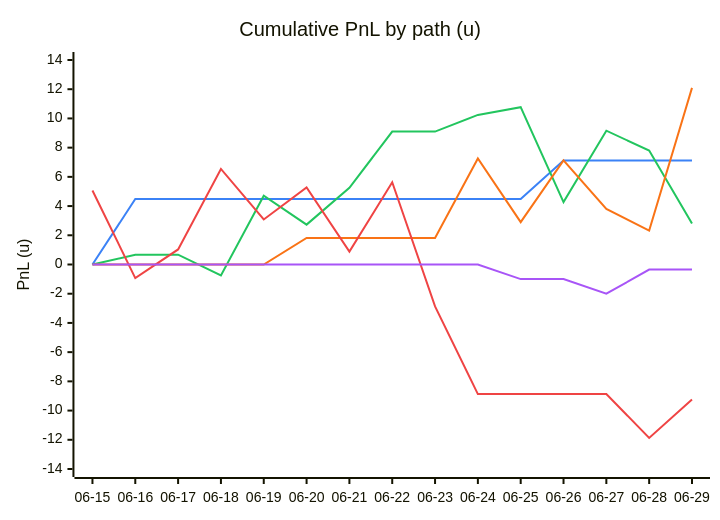
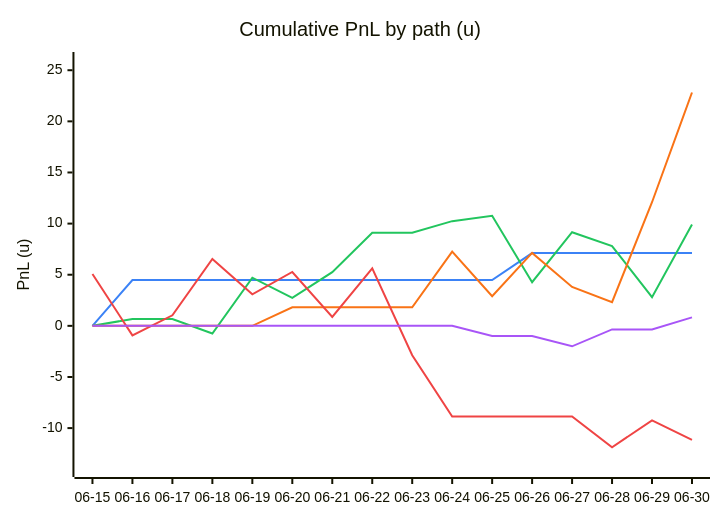
One commit to dpk1212/nhl-savant changed the first of 5 diagrams in DAILY_AGSU_REPORT.md. Above: the diagram before and after it, drawn with Mermaid. The commit also changed other lines of this file, not shown here.

````diff
--- a/DAILY_AGSU_REPORT.md
+++ b/DAILY_AGSU_REPORT.md
@@ -195,12 +201,12 @@
 ```mermaid
 %%{init: {"themeVariables": {"xyChart": {"plotColorPalette": "#3b82f6,#22c55e,#f97316,#ef4444,#a855f7"}}}}%%
 xychart-beta
     title "Cumulative PnL by path (u)"
-    x-axis ["06-15", "06-16", "06-17", "06-18", "06-19", "06-20", "06-21", "06-22", "06-23", "06-24", "06-25", "06-26", "06-27", "06-28", "06-29"]
-    y-axis "PnL (u)" -14 --> 14
-    line [0, 4.48, 4.48, 4.48, 4.48, 4.48, 4.48, 4.48, 4.48, 4.48, 4.48, 7.12, 7.12, 7.12, 7.12]
-    line [0, 0.67, 0.67, -0.75, 4.71, 2.73, 5.25, 9.1, 9.1, 10.24, 10.77, 4.27, 9.16, 7.8, 2.8]
-    line [0, 0, 0, 0, 0, 1.82, 1.82, 1.82, 1.82, 7.26, 2.9, 7.13, 3.81, 2.32, 12.09]
-    line [5.07, -0.93, 1.03, 6.54, 3.08, 5.27, 0.88, 5.63, -2.87, -8.87, -8.87, -8.87, -8.87, -11.87, -9.24]
-    line [0, 0, 0, 0, 0, 0, 0, 0, 0, 0, -1, -1, -2, -0.35, -0.35]
+    x-axis ["06-15", "06-16", "06-17", "06-18", "06-19", "06-20", "06-21", "06-22", "06-23", "06-24", "06-25", "06-26", "06-27", "06-28", "06-29", "06-30"]
+    y-axis "PnL (u)" -14 --> 26
+    line [0, 4.48, 4.48, 4.48, 4.48, 4.48, 4.48, 4.48, 4.48, 4.48, 4.48, 7.12, 7.12, 7.12, 7.12, 7.12]
+    line [0, 0.67, 0.67, -0.75, 4.71, 2.73, 5.25, 9.1, 9.1, 10.24, 10.77, 4.27, 9.16, 7.8, 2.8, 9.91]
+    line [0, 0, 0, 0, 0, 1.82, 1.82, 1.82, 1.82, 7.26, 2.9, 7.13, 3.81, 2.32, 12.09, 22.82]
+    line [5.07, -0.93, 1.03, 6.54, 3.08, 5.27, 0.88, 5.63, -2.87, -8.87, -8.87, -8.87, -8.87, -11.87, -9.24, -11.16]
+    line [0, 0, 0, 0, 0, 0, 0, 0, 0, 0, -1, -1, -2, -0.35, -0.35, 0.83]
 ```
````
